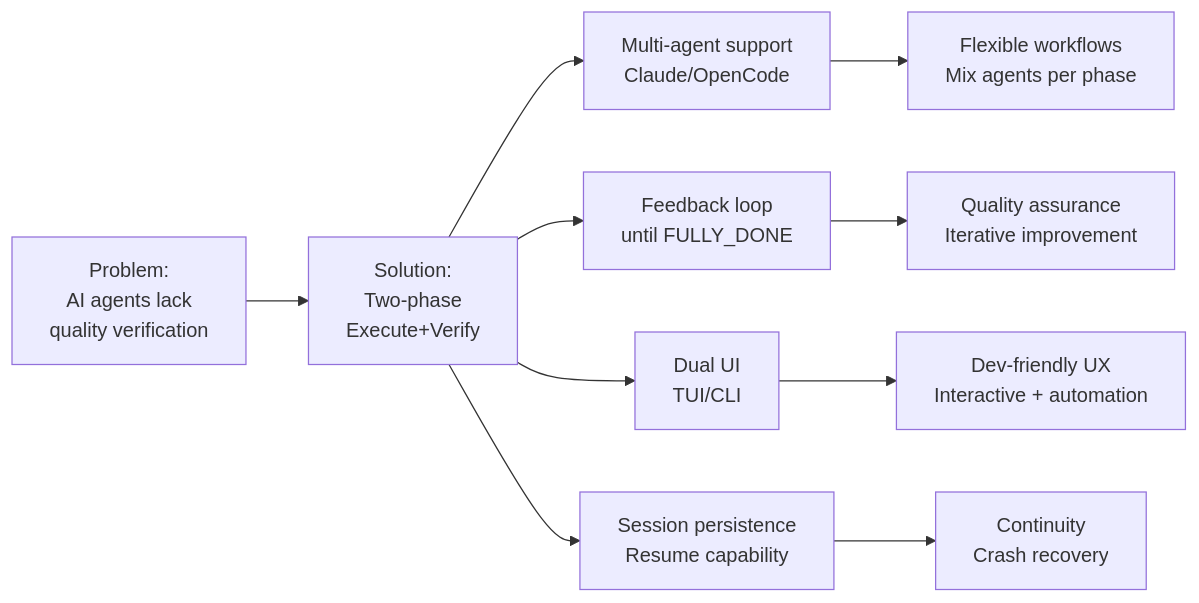
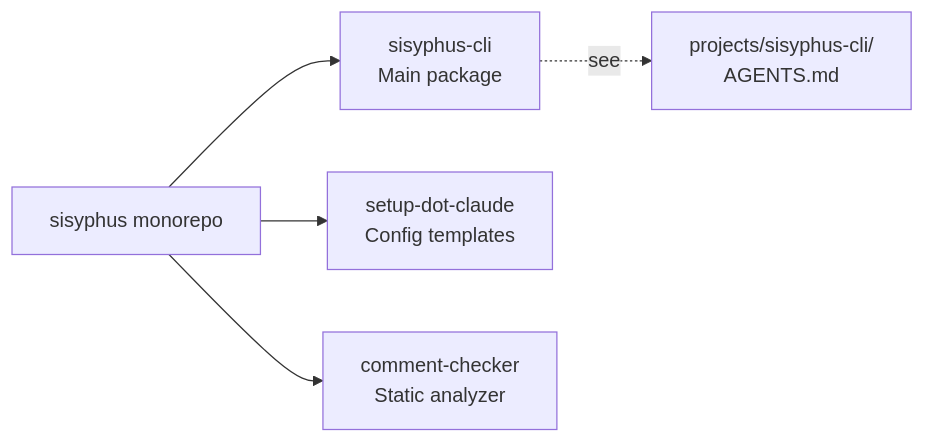
The diagram in AGENTS.md (code-yeongyu/sisyphus-private), drawn with Mermaid before and after one commit. The commit also changed other lines of this file and 150 other files, not shown here.

````diff
--- a/AGENTS.md
+++ b/AGENTS.md
@@ -125,14 +16,8 @@
 ```mermaid
 graph LR
-    P[Problem:<br/>AI agents lack<br/>quality verification] --> S[Solution:<br/>Two-phase<br/>Execute+Verify]
+    Root[sisyphus monorepo] --> CLI[sisyphus-cli<br/>Main package]
+    Root --> Templates[setup-dot-claude<br/>Config templates]
+    Root --> Tools[comment-checker<br/>Static analyzer]
 
-    S --> F1[Multi-agent support<br/>Claude/OpenCode]
-    S --> F2[Feedback loop<br/>until FULLY_DONE]
-    S --> F3[Dual UI<br/>TUI/CLI]
-    S --> F4[Session persistence<br/>Resume capability]
-
-    F1 --> B1[Flexible workflows<br/>Mix agents per phase]
-    F2 --> B2[Quality assurance<br/>Iterative improvement]
-    F3 --> B3[Dev-friendly UX<br/>Interactive + automation]
-    F4 --> B4[Continuity<br/>Crash recovery]
+    CLI -.see.-> D1[projects/sisyphus-cli/<br/>AGENTS.md]
 ```
````
